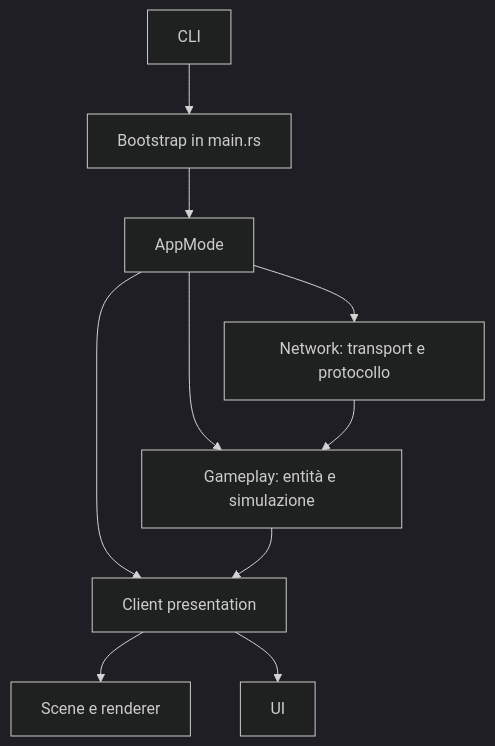
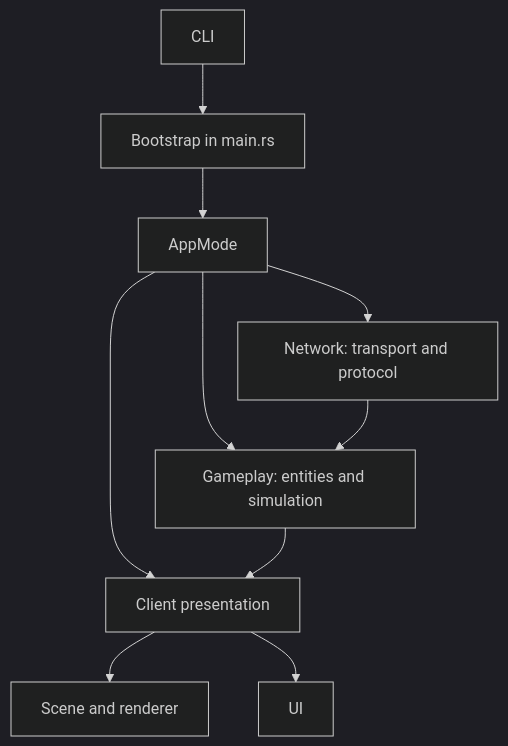
The diagram in docs/architecture.md (alessandrobrunoh/BevyMMO), drawn with Mermaid (dark theme) before and after one commit. The commit also changed other lines of this file and 86 other files, not shown here.

````diff
--- a/docs/architecture.md
+++ b/docs/architecture.md
@@ -7,12 +7,12 @@
 ```mermaid
 flowchart TD
     CLI[CLI] --> Bootstrap[Bootstrap in main.rs]
     Bootstrap --> Mode[AppMode]
-    Mode --> Network[Network: transport e protocollo]
-    Mode --> Gameplay[Gameplay: entità e simulazione]
+    Mode --> Network[Network: transport and protocol]
+    Mode --> Gameplay[Gameplay: entities and simulation]
     Mode --> Presentation[Client presentation]
     Network --> Gameplay
     Gameplay --> Presentation
-    Presentation --> Scene[Scene e renderer]
+    Presentation --> Scene[Scene and renderer]
     Presentation --> UI[UI]
 ```
````
